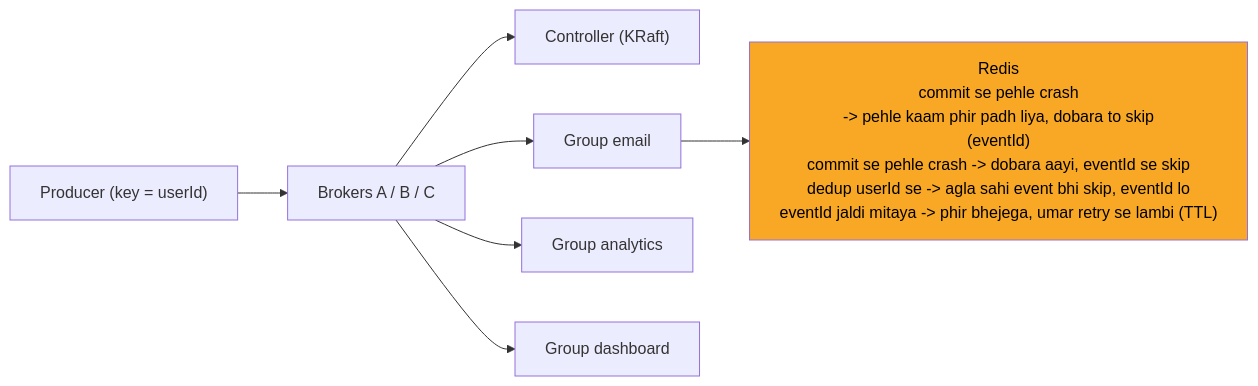
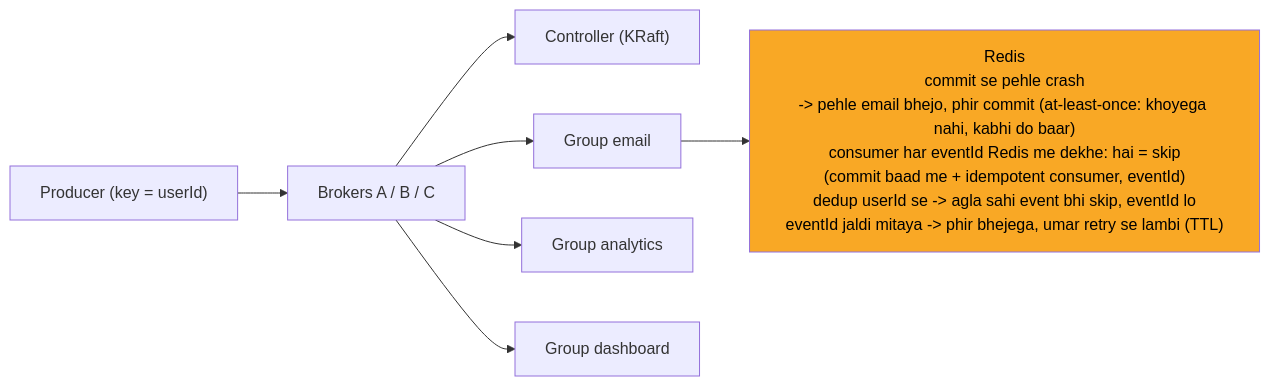
The eighth of 12 diagrams in 04_HLD/SYSTEM_DESIGNS/12_message_queue_kafka/12_message_queue_kafka.md (ArpanMaheshwari144/Prep), drawn with Mermaid before and after one commit. The commit also changed other lines of this file and 13 other files, not shown here.

````diff
--- a/04_HLD/SYSTEM_DESIGNS/12_message_queue_kafka/12_message_queue_kafka.md
+++ b/04_HLD/SYSTEM_DESIGNS/12_message_queue_kafka/12_message_queue_kafka.md
@@ -284,18 +288,18 @@
 ```mermaid
 %%{init: {"flowchart": {"wrappingWidth": 450}}}%%
 flowchart LR
     n_P["Producer (key = userId)"]
     n_B["Brokers A / B / C"]
     n_K["Controller (KRaft)"]
     n_GE["Group email"]
-    n_R["Redis<br/>commit se pehle crash<br/>-> pehle kaam phir padh liya, dobara to skip<br/>(eventId)<br/>commit se pehle crash -> dobara aayi, eventId se skip<br/>dedup userId se -> agla sahi event bhi skip, eventId lo<br/>eventId jaldi mitaya -> phir bhejega, umar retry se lambi (TTL)"]
+    n_R["Redis<br/>commit se pehle crash<br/>-> pehle email bhejo, phir commit (at-least-once: khoyega nahi, kabhi do baar)<br/>consumer har eventId Redis me dekhe: hai = skip<br/>(commit baad me + idempotent consumer, eventId)<br/>dedup userId se -> agla sahi event bhi skip, eventId lo<br/>eventId jaldi mitaya -> phir bhejega, umar retry se lambi (TTL)"]
     n_GA["Group analytics"]
     n_GD["Group dashboard"]
     n_P --> n_B
     n_B --> n_K
     n_B --> n_GE
     n_B --> n_GA
     n_B --> n_GD
     n_GE --> n_R
     style n_R fill:#f9a825,color:#000
 ```
````
